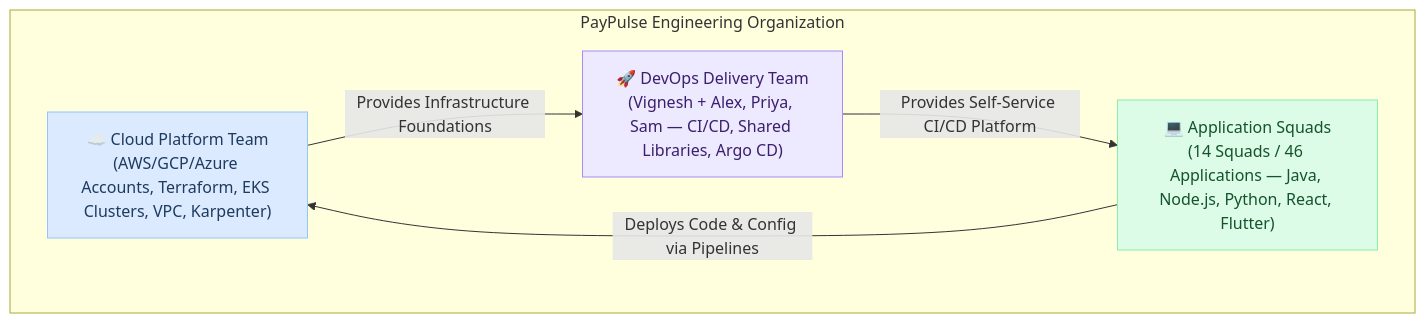
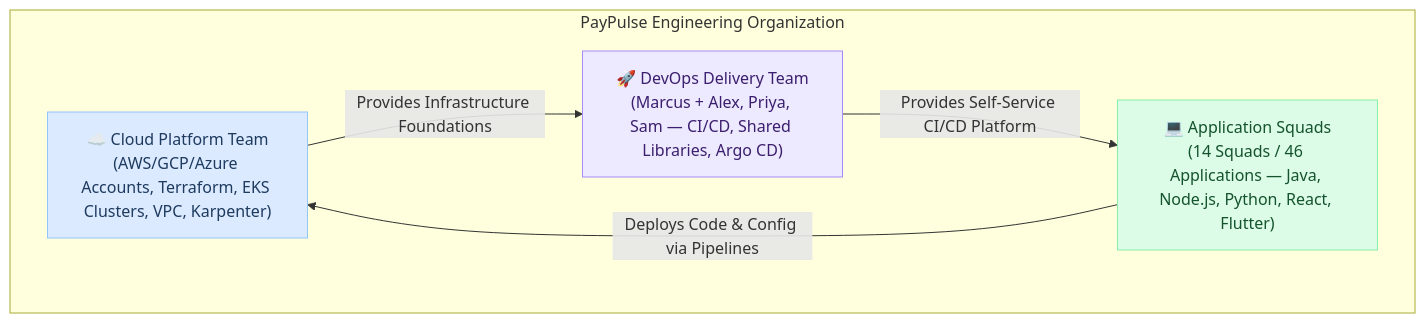
The diagram in docs/devops-responsibilities/index.md (devopspilot1/devopspilot1.github.io), drawn with Mermaid before and after one commit. The commit also changed other lines of this file and 2 other files, not shown here.

Commit message:
docs: update PayPulse case study documentation and update lead name to Marcus

````diff
--- a/docs/devops-responsibilities/index.md
+++ b/docs/devops-responsibilities/index.md
@@ -27,17 +27,17 @@
 ```mermaid
 graph TD
     classDef client   fill:#dbeafe,stroke:#93c5fd,color:#1e3a5f
     classDef gateway  fill:#ede9fe,stroke:#a78bfa,color:#3b1f6e
     classDef service  fill:#dcfce7,stroke:#86efac,color:#14532d
     classDef storage  fill:#fce7f3,stroke:#f9a8d4,color:#831843
 
     subgraph Org["PayPulse Engineering Organization"]
         CP["☁️ Cloud Platform Team<br/>(AWS/GCP/Azure Accounts, Terraform, EKS Clusters, VPC, Karpenter)"]:::client
-        DD["🚀 DevOps Delivery Team<br/>(Vignesh + Alex, Priya, Sam — CI/CD, Shared Libraries, Argo CD)"]:::gateway
+        DD["🚀 DevOps Delivery Team<br/>(Marcus + Alex, Priya, Sam — CI/CD, Shared Libraries, Argo CD)"]:::gateway
         AS["💻 Application Squads<br/>(14 Squads / 46 Applications — Java, Node.js, Python, React, Flutter)"]:::service
     end
 
     CP -->|"Provides Infrastructure Foundations"| DD
     DD -->|"Provides Self-Service CI/CD Platform"| AS
     AS -->|"Deploys Code & Config via Pipelines"| CP
 ```
````
